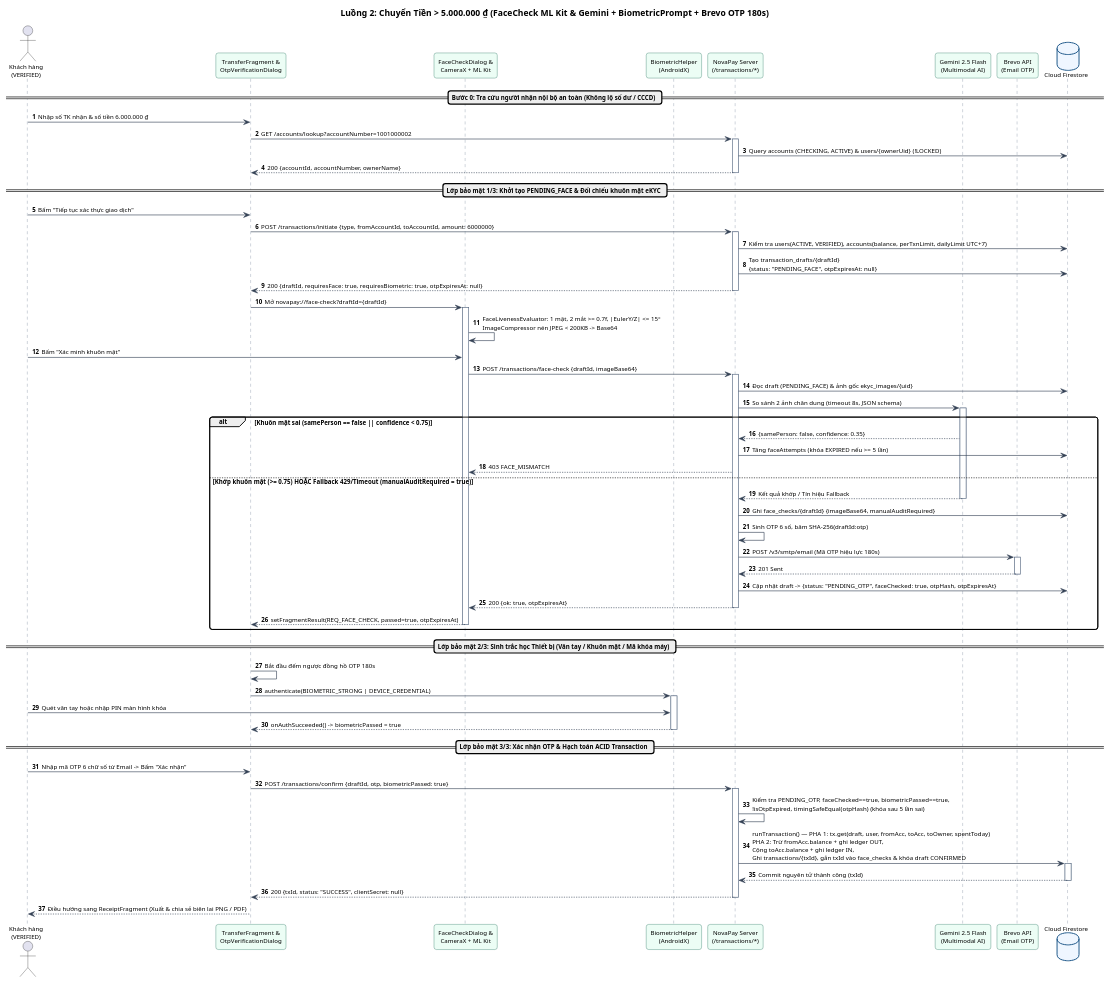
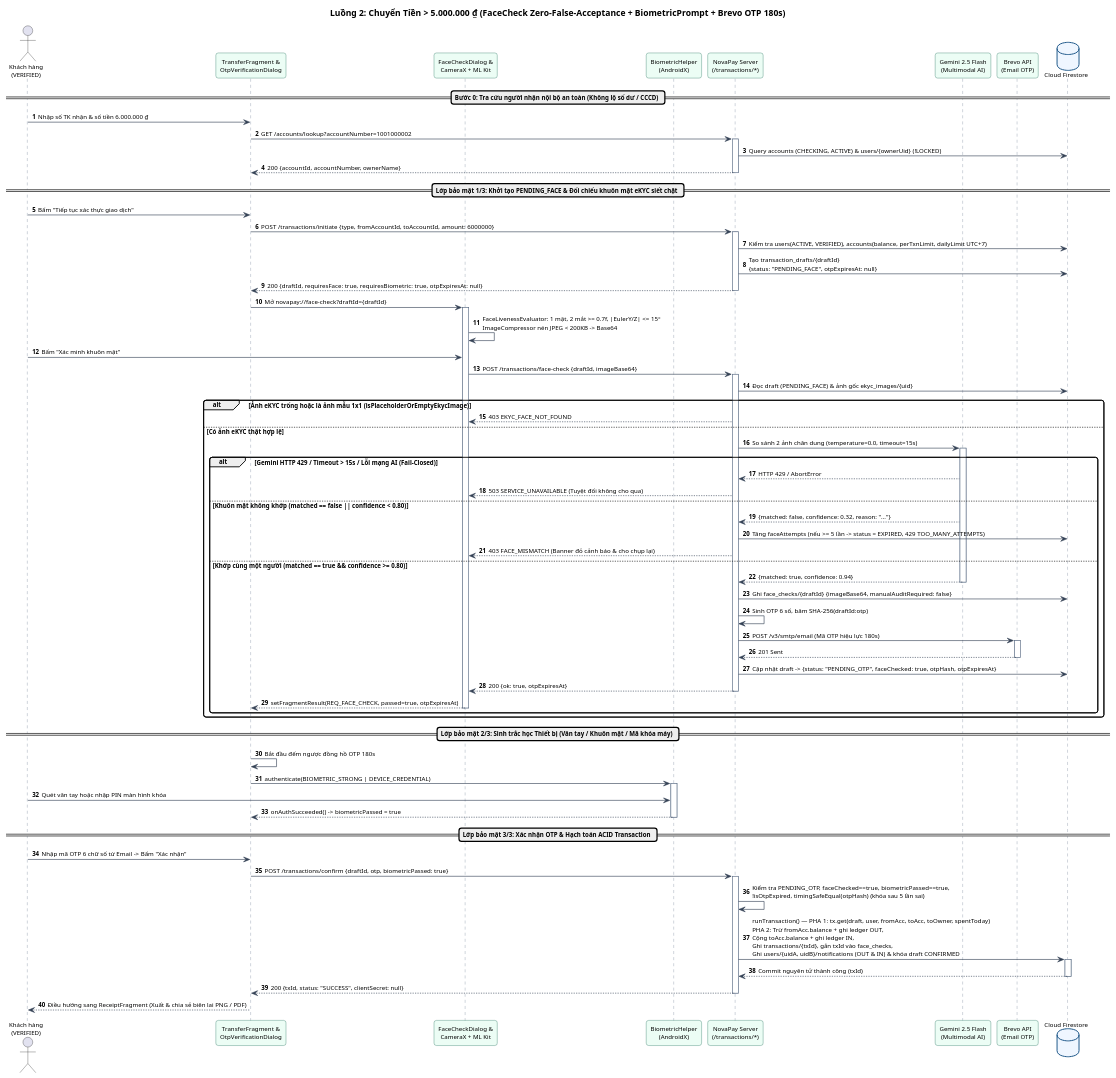
Before and after one commit to nhanlx08141857871/NovaPay: the second of 5 diagrams in docs/report/03_SEQUENCE_DIAGRAMS.md, drawn with PlantUML. The commit also changed other lines of this file and 126 other files, not shown here.

Commit message:
feat: initialize initial architecture and core features for NovaPay app

```diff
--- a/docs/report/03_SEQUENCE_DIAGRAMS.md
+++ b/docs/report/03_SEQUENCE_DIAGRAMS.md
@@ -130,7 +130,7 @@
 skinparam DatabaseBackgroundColor #EFF6FF
 
 autonumber
-title Luồng 2: Chuyển Tiền > 5.000.000 ₫ (FaceCheck ML Kit & Gemini + BiometricPrompt + Brevo OTP 180s)
+title Luồng 2: Chuyển Tiền > 5.000.000 ₫ (FaceCheck Zero-False-Acceptance + BiometricPrompt + Brevo OTP 180s)
 
 actor "Khách hàng\n(VERIFIED)" as Cust
 participant "TransferFragment &\nOtpVerificationDialog" as TxUI
@@ -149,7 +149,7 @@
 Server --> TxUI : 200 {accountId, accountNumber, ownerName}
 deactivate Server
 
-== Lớp bảo mật 1/3: Khởi tạo PENDING_FACE & Đối chiếu khuôn mặt eKYC ==
+== Lớp bảo mật 1/3: Khởi tạo PENDING_FACE & Đối chiếu khuôn mặt eKYC siết chặt ==
 Cust -> TxUI : Bấm "Tiếp tục xác thực giao dịch"
 TxUI -> Server : POST /transactions/initiate {type, fromAccountId, toAccountId, amount: 6000000}
 activate Server
@@ -165,26 +165,34 @@
 FaceUI -> Server : POST /transactions/face-check {draftId, imageBase64}
 activate Server
 Server -> FS : Đọc draft (PENDING_FACE) & ảnh gốc ekyc_images/{uid}
-Server -> Gemini : So sánh 2 ảnh chân dung (timeout 8s, JSON schema)
-activate Gemini
-alt Khuôn mặt sai (samePerson == false || confidence < 0.75)
-  Gemini --> Server : {samePerson: false, confidence: 0.35}
-  Server -> FS : Tăng faceAttempts (khóa EXPIRED nếu >= 5 lần)
-  Server --> FaceUI : 403 FACE_MISMATCH
-else Khớp khuôn mặt (>= 0.75) HOẶC Fallback 429/Timeout (manualAuditRequired = true)
-  Gemini --> Server : Kết quả khớp / Tín hiệu Fallback
-  deactivate Gemini
-  Server -> FS : Ghi face_checks/{draftId} {imageBase64, manualAuditRequired}
-  Server -> Server : Sinh OTP 6 số, băm SHA-256(draftId:otp)
-  Server -> Brevo : POST /v3/smtp/email (Mã OTP hiệu lực 180s)
-  activate Brevo
-  Brevo --> Server : 201 Sent
-  deactivate Brevo
-  Server -> FS : Cập nhật draft -> {status: "PENDING_OTP", faceChecked: true, otpHash, otpExpiresAt}
-  Server --> FaceUI : 200 {ok: true, otpExpiresAt}
-  deactivate Server
-  FaceUI --> TxUI : setFragmentResult(REQ_FACE_CHECK, passed=true, otpExpiresAt)
-  deactivate FaceUI
+
+alt Ảnh eKYC trống hoặc là ảnh mẫu 1x1 (isPlaceholderOrEmptyEkycImage)
+  Server --> FaceUI : 403 EKYC_FACE_NOT_FOUND
+else Có ảnh eKYC thật hợp lệ
+  Server -> Gemini : So sánh 2 ảnh chân dung (temperature=0.0, timeout=15s)
+  activate Gemini
+  alt Gemini HTTP 429 / Timeout > 15s / Lỗi mạng AI (Fail-Closed)
+    Gemini --> Server : HTTP 429 / AbortError
+    Server --> FaceUI : 503 SERVICE_UNAVAILABLE (Tuyệt đối không cho qua)
+  else Khuôn mặt không khớp (matched == false || confidence < 0.80)
+    Gemini --> Server : {matched: false, confidence: 0.32, reason: "..."}
+    Server -> FS : Tăng faceAttempts (nếu >= 5 lần -> status = EXPIRED, 429 TOO_MANY_ATTEMPTS)
+    Server --> FaceUI : 403 FACE_MISMATCH (Banner đỏ cảnh báo & cho chụp lại)
+  else Khớp cùng một người (matched == true && confidence >= 0.80)
+    Gemini --> Server : {matched: true, confidence: 0.94}
+    deactivate Gemini
+    Server -> FS : Ghi face_checks/{draftId} {imageBase64, manualAuditRequired: false}
+    Server -> Server : Sinh OTP 6 số, băm SHA-256(draftId:otp)
+    Server -> Brevo : POST /v3/smtp/email (Mã OTP hiệu lực 180s)
+    activate Brevo
+    Brevo --> Server : 201 Sent
+    deactivate Brevo
+    Server -> FS : Cập nhật draft -> {status: "PENDING_OTP", faceChecked: true, otpHash, otpExpiresAt}
+    Server --> FaceUI : 200 {ok: true, otpExpiresAt}
+    deactivate Server
+    FaceUI --> TxUI : setFragmentResult(REQ_FACE_CHECK, passed=true, otpExpiresAt)
+    deactivate FaceUI
+  end
 end
 
 == Lớp bảo mật 2/3: Sinh trắc học Thiết bị (Vân tay / Khuôn mặt / Mã khóa máy) ==
@@ -200,7 +208,7 @@
 TxUI -> Server : POST /transactions/confirm {draftId, otp, biometricPassed: true}
 activate Server
 Server -> Server : Kiểm tra PENDING_OTP, faceChecked==true, biometricPassed==true,\n!isOtpExpired, timingSafeEqual(otpHash) (khóa sau 5 lần sai)
-Server -> FS : runTransaction() — PHA 1: tx.get(draft, user, fromAcc, toAcc, toOwner, spentToday)\nPHA 2: Trừ fromAcc.balance + ghi ledger OUT,\nCộng toAcc.balance + ghi ledger IN,\nGhi transactions/{txId}, gắn txId vào face_checks & khóa draft CONFIRMED
+Server -> FS : runTransaction() — PHA 1: tx.get(draft, user, fromAcc, toAcc, toOwner, spentToday)\nPHA 2: Trừ fromAcc.balance + ghi ledger OUT,\nCộng toAcc.balance + ghi ledger IN,\nGhi transactions/{txId}, gắn txId vào face_checks,\nGhi users/{uidA, uidB}/notifications (OUT & IN) & khóa draft CONFIRMED
 activate FS
 FS --> Server : Commit nguyên tử thành công (txId)
 deactivate FS
```
